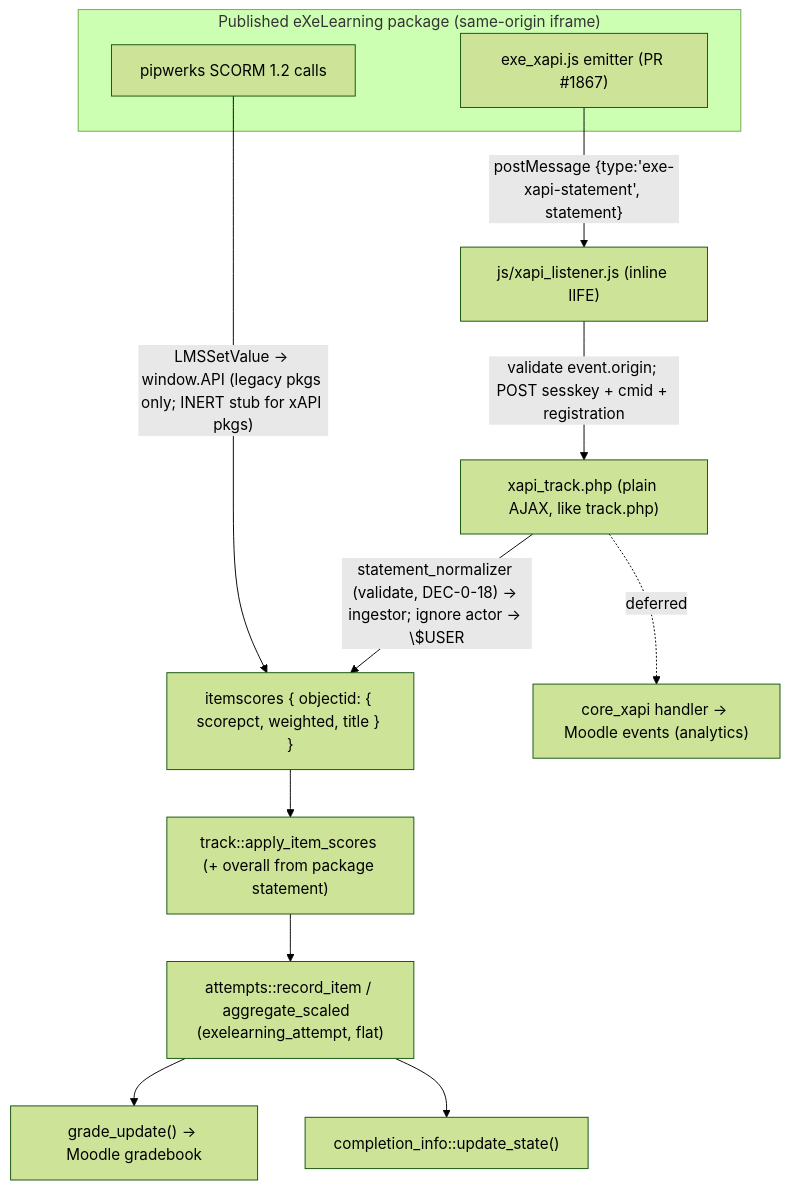
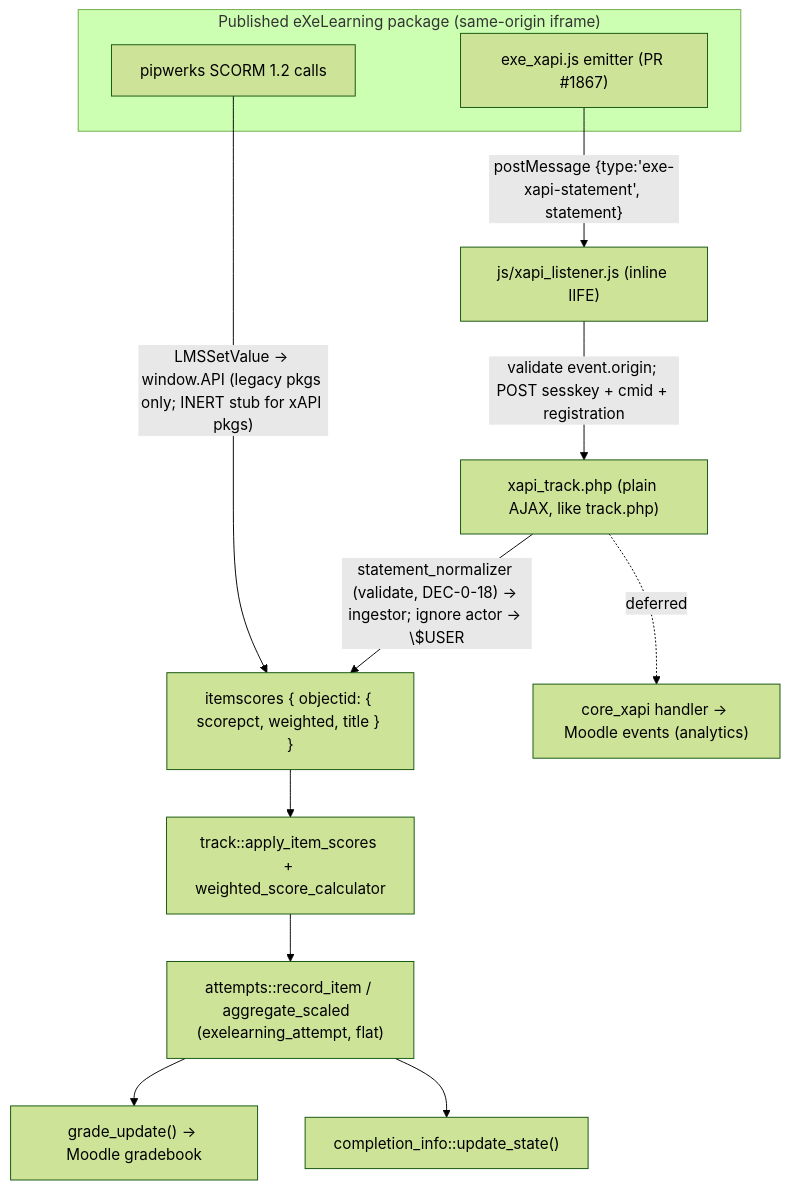
Before and after one commit to ateeducacion/mod_exelearning: the diagram in docs/tracking-architecture.md, drawn with Mermaid (forest theme). The commit also changed other lines of this file and 19 other files, not shown here.

Commit message:
Reconstruct xAPI weighted scores across pages

````diff
--- a/docs/tracking-architecture.md
+++ b/docs/tracking-architecture.md
@@ -45,18 +47,18 @@
 ```mermaid
 flowchart TD
   subgraph PKG["Published eXeLearning package (same-origin iframe)"]
     SCORM["pipwerks SCORM 1.2 calls"]
     XAPI["exe_xapi.js emitter (PR #1867)"]
   end
 
   SCORM -->|"LMSSetValue → window.API (legacy pkgs only; INERT stub for xAPI pkgs)"| ITEMS
   XAPI -->|"postMessage {type:'exe-xapi-statement', statement}"| LIS["js/xapi_listener.js (inline IIFE)"]
   LIS -->|"validate event.origin; POST sesskey + cmid + registration"| EP["xapi_track.php (plain AJAX, like track.php)"]
   EP -->|"statement_normalizer (validate, DEC-0-18) → ingestor; ignore actor → \$USER"| ITEMS
 
-  ITEMS["itemscores { objectid: { scorepct, weighted, title } }"] --> TR["track::apply_item_scores (+ overall from package statement)"]
+  ITEMS["itemscores { objectid: { scorepct, weighted, title } }"] --> TR["track::apply_item_scores + weighted_score_calculator"]
   TR --> AT["attempts::record_item / aggregate_scaled  (exelearning_attempt, flat)"]
   AT --> GB["grade_update() → Moodle gradebook"]
   AT --> CO["completion_info::update_state()"]
   EP -. deferred .-> HND["core_xapi handler → Moodle events (analytics)"]
 ```
````
